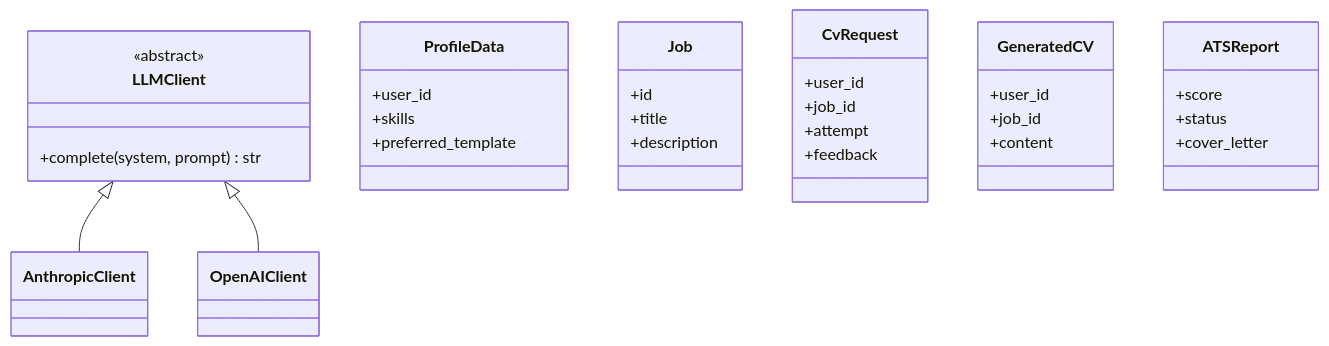
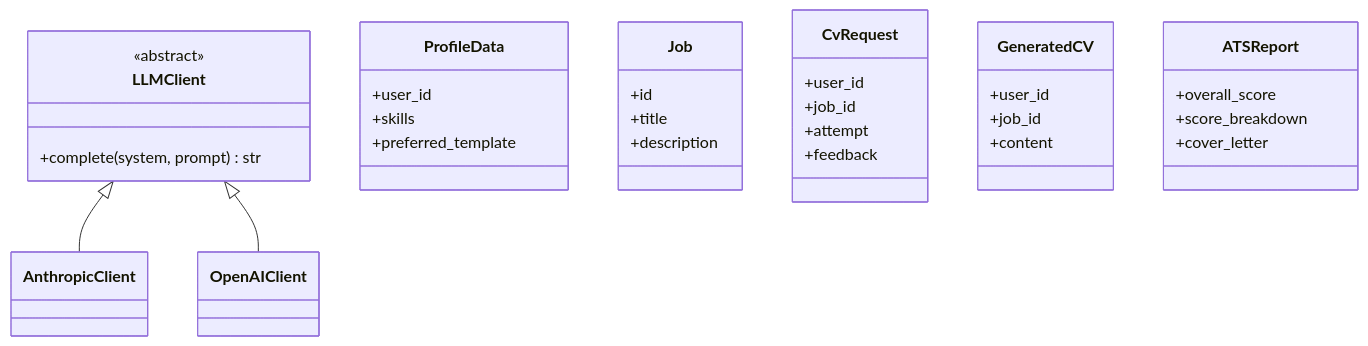
Before and after one commit to Tooltu-deve/Autonomous-Career-Agent: the first of 9 diagrams in docs/CLASS_DIAGRAM.md, drawn with Mermaid. The commit also changed other lines of this file and 3 other files, not shown here.

First line of the commit message:
feat(db): reconcile schema with CV editor/PDF spec

````diff
--- a/docs/CLASS_DIAGRAM.md
+++ b/docs/CLASS_DIAGRAM.md
@@ -25,36 +25,36 @@
 ```mermaid
 classDiagram
     class LLMClient {
         <<abstract>>
         +complete(system, prompt) str
     }
     LLMClient <|-- AnthropicClient
     LLMClient <|-- OpenAIClient
 
     class ProfileData {
         +user_id
         +skills
         +preferred_template
     }
     class Job {
         +id
         +title
         +description
     }
     class CvRequest {
         +user_id
         +job_id
         +attempt
         +feedback
     }
     class GeneratedCV {
         +user_id
         +job_id
         +content
     }
     class ATSReport {
-        +score
-        +status
+        +overall_score
+        +score_breakdown
         +cover_letter
     }
 ```
````
